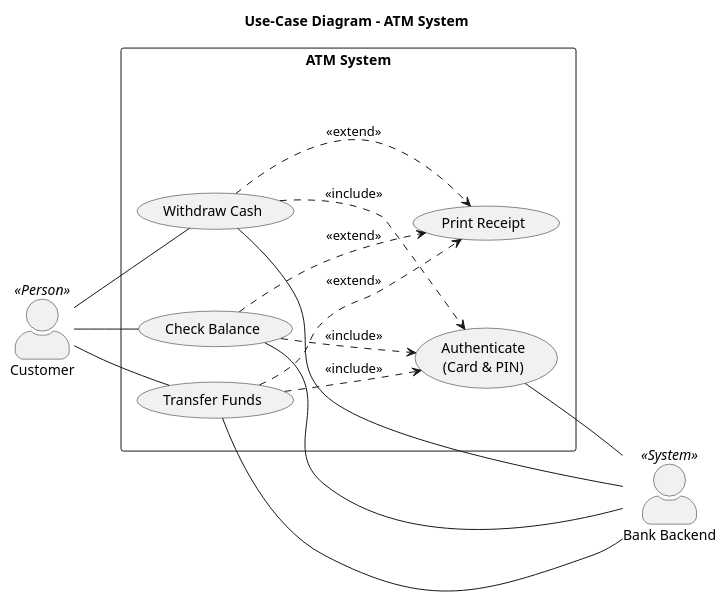
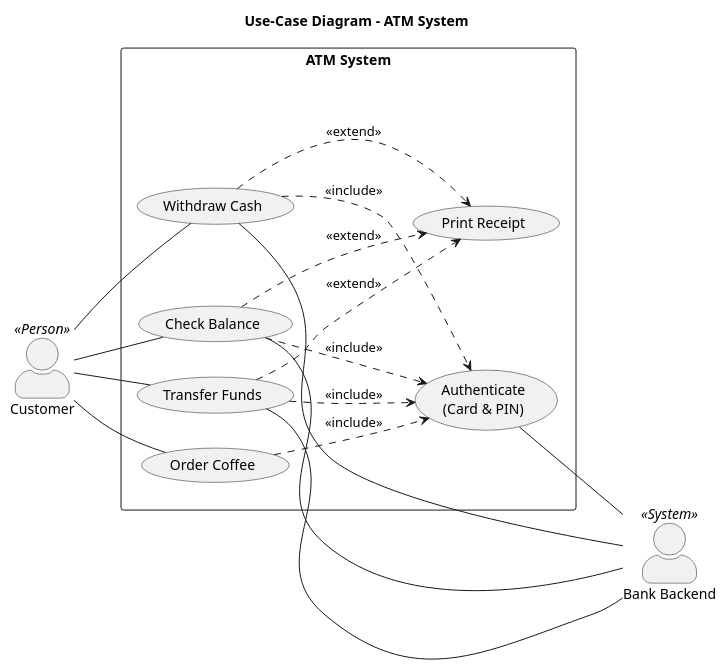
The diagram in docs/use_case/useCaseDiagram.puml (marcelRonner/jarvis), drawn with PlantUML before and after one commit. The commit also changed 14 other files, not shown here.

```diff
--- a/docs/use_case/useCaseDiagram.puml
+++ b/docs/use_case/useCaseDiagram.puml
@@ -1,55 +1,60 @@
 @startuml UseCaseDiagram
 left to right direction
 skinparam actorStyle awesome
 skinparam packageStyle rectangle
 
 title Use-Case Diagram – ATM System
 
 ' --- Actors ---
 ' Customer: primary actor from Business Process (🟦 Customer)
 actor "Customer" as customer <<Person>>
 ' Bank Backend: supporting actor from Business Process (🟩 Bank Backend)
 actor "Bank Backend" as bank <<System>>
 
 ' --- System boundary ---
 rectangle "ATM System" {
 
   ' Main use cases – each represents a goal the user
   ' wants to achieve (see Business Process steps)
   usecase "Withdraw Cash"    as UC_Withdraw
   usecase "Check Balance"    as UC_Balance
   usecase "Transfer Funds"   as UC_Transfer
 
   ' Supporting use cases
   usecase "Authenticate\n(Card & PIN)" as UC_Auth
   usecase "Print Receipt"               as UC_Receipt
+
+  ' Beverage use case
+  usecase "Order Coffee" as UC_Coffee
 }
 
 ' --- Customer associations ---
 customer -- UC_Withdraw
 customer -- UC_Balance
 customer -- UC_Transfer
+customer -- UC_Coffee
 
 ' --- Include relationships ---
 ' Authentication is mandatory before any transaction
 ' (Business Process steps 1.1–2.2)
 UC_Withdraw ..> UC_Auth   : <<include>>
 UC_Balance  ..> UC_Auth   : <<include>>
 UC_Transfer ..> UC_Auth   : <<include>>
+UC_Coffee   ..> UC_Auth   : <<include>>
 
 ' --- Extend relationships ---
 ' Printing a receipt is optional after every transaction
 ' (Business Process step 5.2 / 5.3)
 UC_Withdraw ..> UC_Receipt : <<extend>>
 UC_Balance  ..> UC_Receipt : <<extend>>
 UC_Transfer ..> UC_Receipt : <<extend>>
 
 ' --- Bank Backend associations ---
 ' The Bank Backend validates credentials, processes
 ' transactions, and records audit logs
 UC_Withdraw -- bank
 UC_Balance  -- bank
 UC_Transfer -- bank
 UC_Auth     -- bank
 
 @enduml
```
